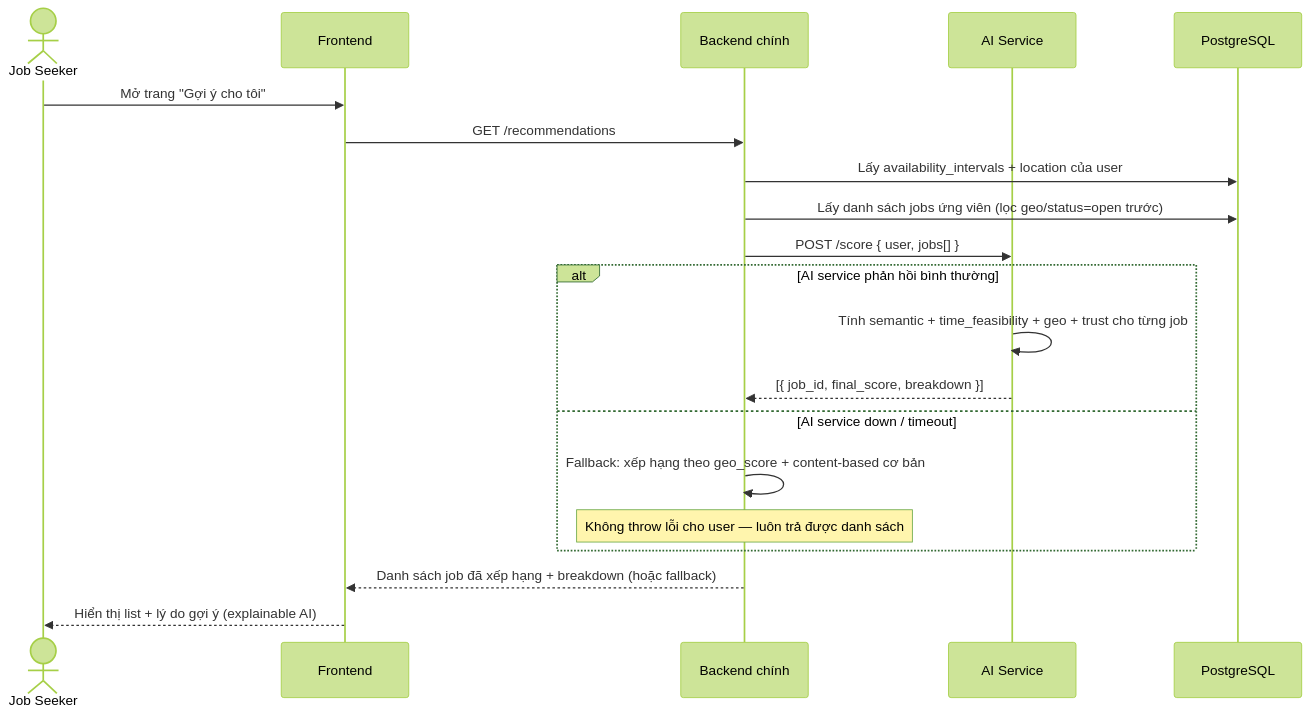
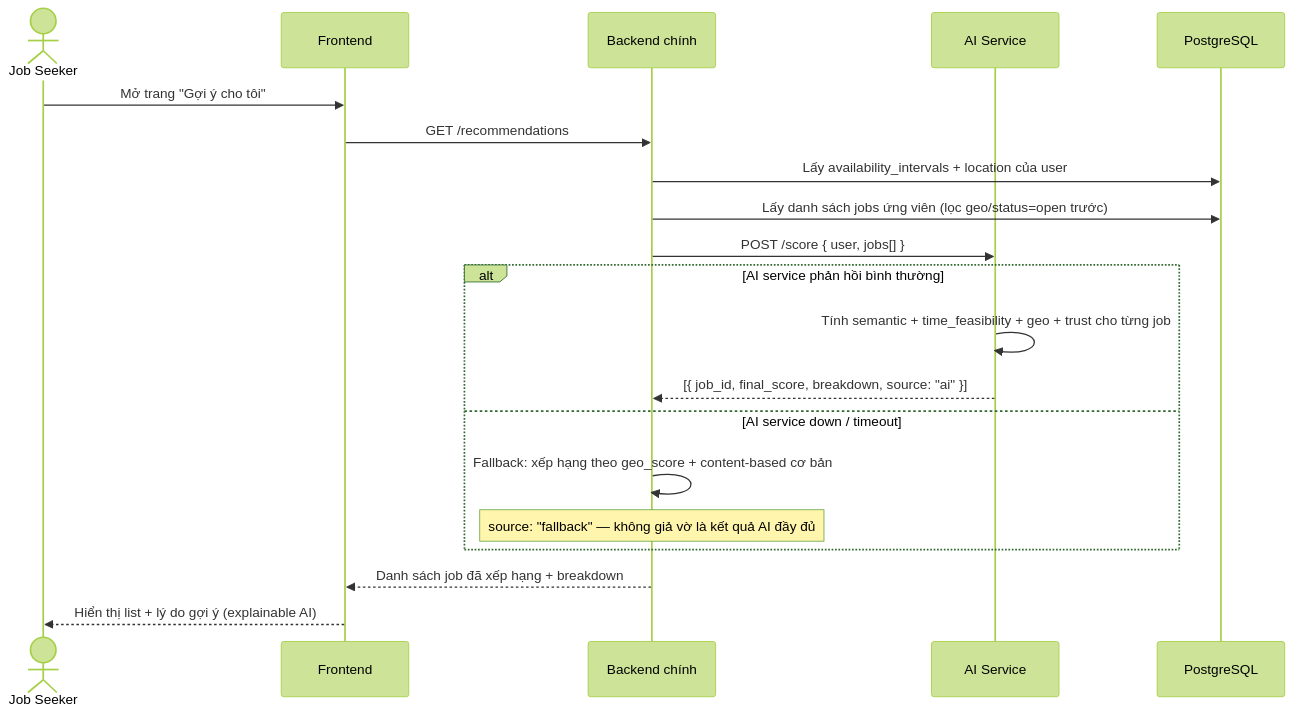
The sixth of 10 diagrams in docs/design/sequence-diagram.md (VanSyx/DATN_TimViecPartTime), drawn with Mermaid (forest theme) before and after one commit. The commit also changed other lines of this file and 4 other files, not shown here.

````diff
--- a/docs/design/sequence-diagram.md
+++ b/docs/design/sequence-diagram.md
@@ -5,25 +156,25 @@
 ```mermaid
 sequenceDiagram
     actor U as Job Seeker
     participant FE as Frontend
     participant BE as Backend chính
     participant AI as AI Service
     participant DB as PostgreSQL
 
     U->>FE: Mở trang "Gợi ý cho tôi"
     FE->>BE: GET /recommendations
     BE->>DB: Lấy availability_intervals + location của user
     BE->>DB: Lấy danh sách jobs ứng viên (lọc geo/status=open trước)
     BE->>AI: POST /score { user, jobs[] }
 
     alt AI service phản hồi bình thường
         AI->>AI: Tính semantic + time_feasibility + geo + trust cho từng job
-        AI-->>BE: [{ job_id, final_score, breakdown }]
+        AI-->>BE: [{ job_id, final_score, breakdown, source: "ai" }]
     else AI service down / timeout
         BE->>BE: Fallback: xếp hạng theo geo_score + content-based cơ bản
-        Note over BE: Không throw lỗi cho user — luôn trả được danh sách
+        Note over BE: source: "fallback" — không giả vờ là kết quả AI đầy đủ
     end
 
-    BE-->>FE: Danh sách job đã xếp hạng + breakdown (hoặc fallback)
+    BE-->>FE: Danh sách job đã xếp hạng + breakdown
     FE-->>U: Hiển thị list + lý do gợi ý (explainable AI)
 ```
````
